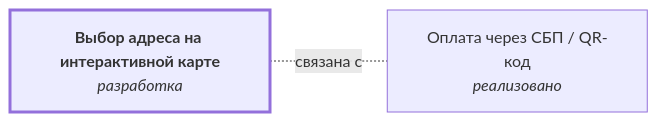
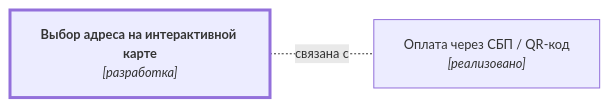
The diagram in docs/specifications/orders/checkout-map.md (DmitryKhilko/example-app-requirements), drawn with Mermaid before and after one commit. The commit also changed other lines of this file and 21 other files, not shown here.

````diff
--- a/docs/specifications/orders/checkout-map.md
+++ b/docs/specifications/orders/checkout-map.md
@@ -26,12 +26,13 @@
 ```mermaid
+%%{init: {"themeVariables": {"fontSize": "12.8px"}}}%%
 flowchart LR
-    n0["<b>Выбор адреса на интерактивной карте</b><br/><i>разработка</i>"]
-    n1["Оплата через СБП / QR-код<br/><i>реализовано</i>"]
+    n0["<b>Выбор адреса на интерактивной карте</b><br/><i>[разработка]</i>"]
+    n1["Оплата через СБП / QR-код<br/><i>[реализовано]</i>"]
     n0 -.-|"связана с"| n1
 
     classDef current stroke-width:3px
     classDef archived stroke-dasharray:5 4
     class n0 current
 
     click n1 "../payment-sbp/"
 ```
````
